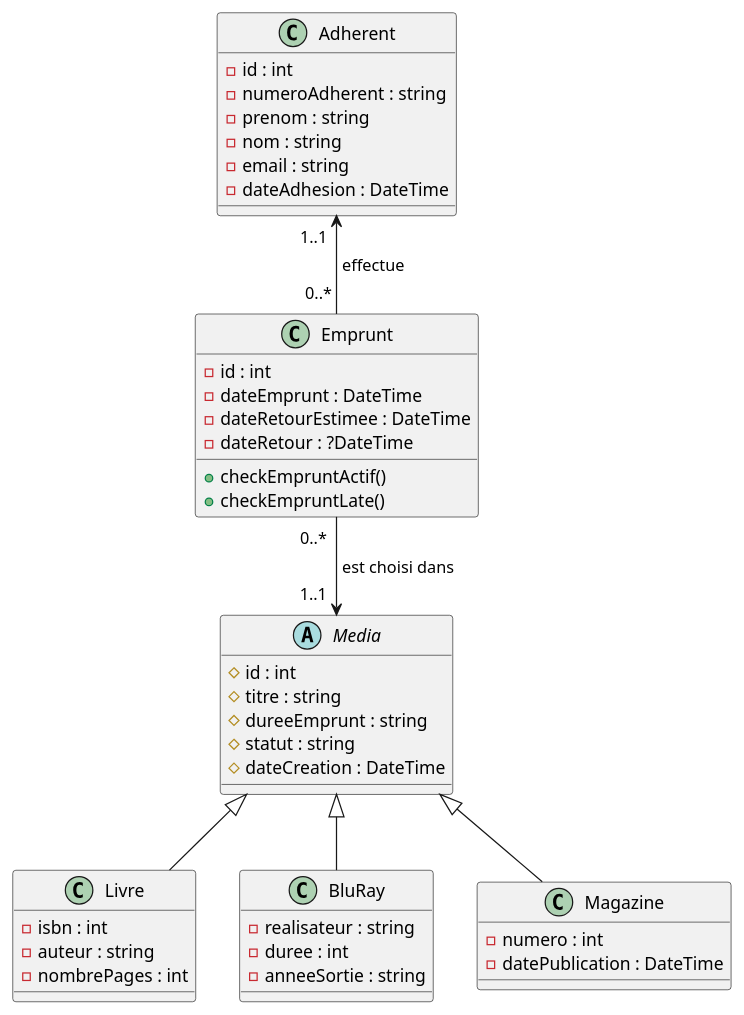
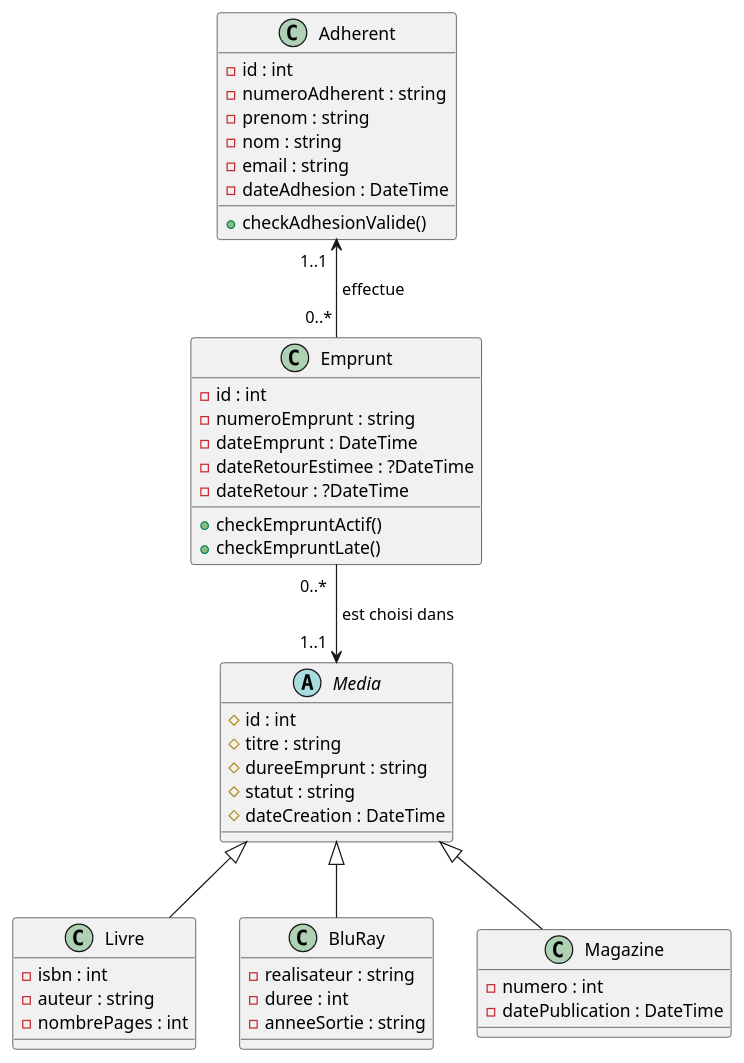
One commit to nathanpierret/projet-bibliotheque changed the diagram in documentation/Diagramme_de_classes.puml. Above: the diagram before and after it, drawn with PlantUML. The commit also changed 5 other files, not shown here.

```diff
--- a/documentation/Diagramme_de_classes.puml
+++ b/documentation/Diagramme_de_classes.puml
@@ -1,52 +1,54 @@
 @startuml
 'https://plantuml.com/class-diagram
 
 abstract class Media {
 #id : int
 #titre : string
 #dureeEmprunt : string
 #statut : string
 #dateCreation : DateTime
 }
 
 class Livre {
 -isbn : int
 -auteur : string
 -nombrePages : int
 }
 
 class BluRay {
 -realisateur : string
 -duree : int
 -anneeSortie : string
 }
 
 class Magazine {
 -numero : int
 -datePublication : DateTime
 }
 
 class Adherent {
 -id : int
 -numeroAdherent : string
 -prenom : string
 -nom : string
 -email : string
 -dateAdhesion : DateTime
++checkAdhesionValide()
 }
 
 class Emprunt {
 -id : int
+-numeroEmprunt : string
 -dateEmprunt : DateTime
--dateRetourEstimee : DateTime
+-dateRetourEstimee : ?DateTime
 -dateRetour : ?DateTime
 +checkEmpruntActif()
 +checkEmpruntLate()
 }
 
 Media <|-- Livre
 Media <|-- Magazine
 Media <|-- BluRay
 Adherent "1..1  " <-- "0..* " Emprunt : " effectue"
 Emprunt "0..*  " --> "1..1  " Media : " est choisi dans"
 @enduml
```
